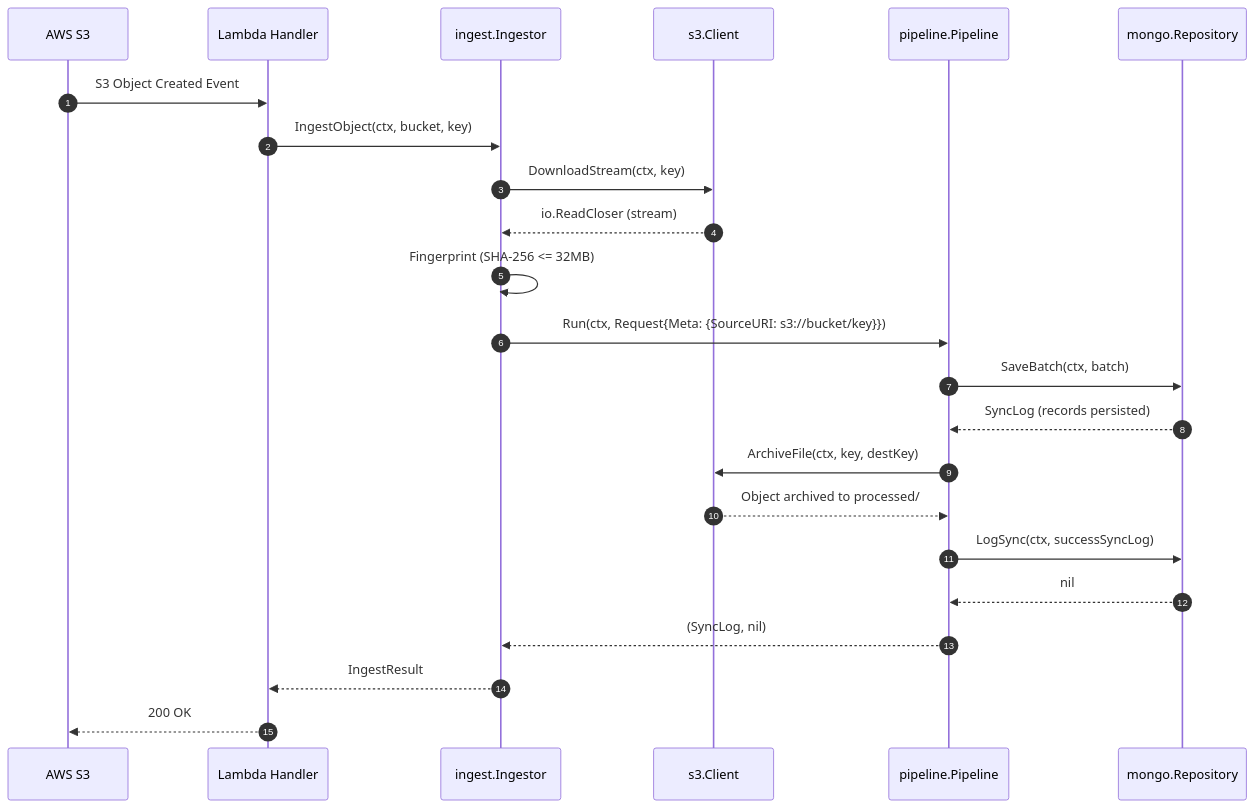
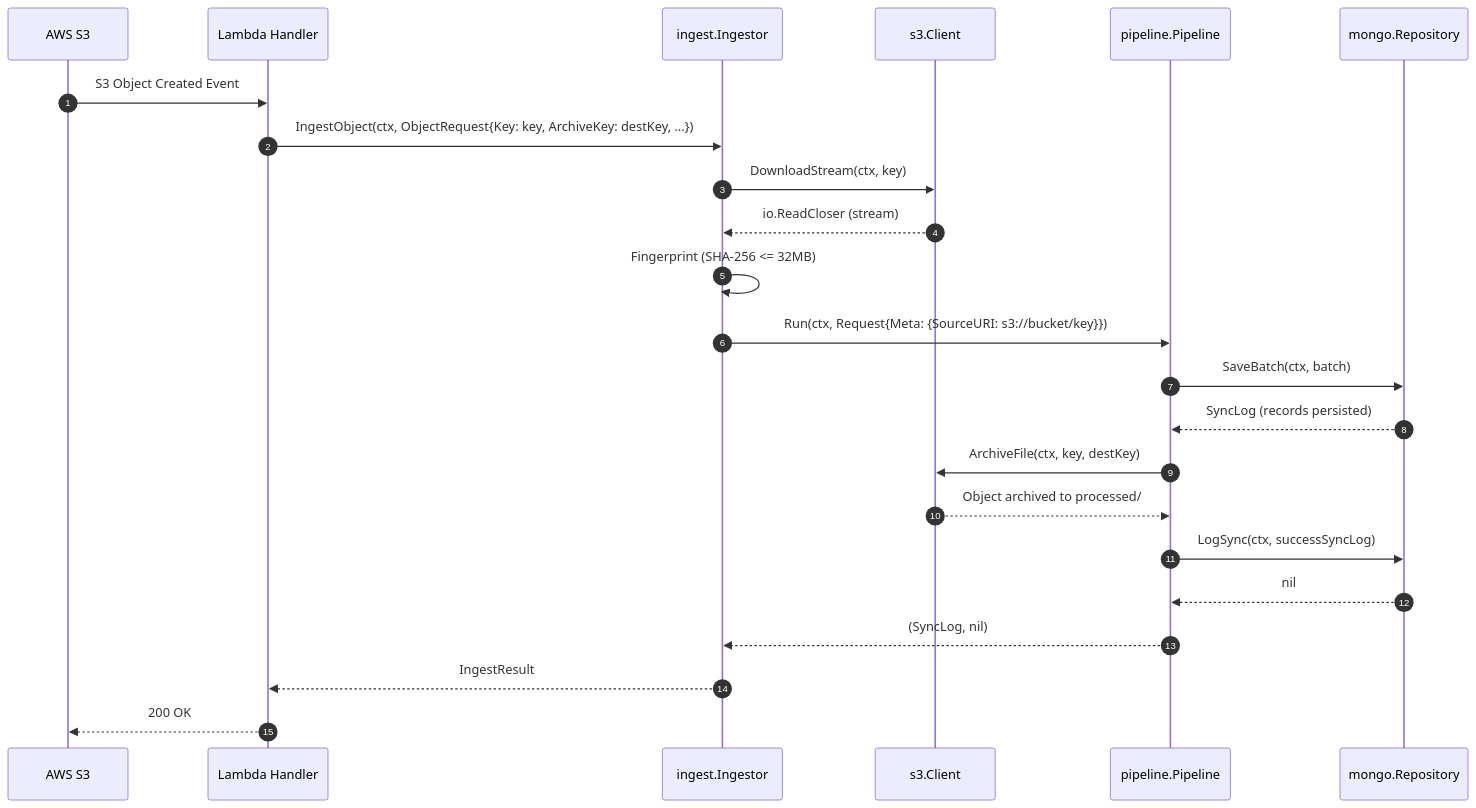
The first of 3 diagrams in docs/specs/hexagonal-application-pipeline.md (ajponte/babylon_data_loader), drawn with Mermaid before and after one commit. The commit also changed other lines of this file and 2 other files, not shown here.

Commit message:
feat(ingest): object ingestion use case coordinator (Phase 4F) (#88)

````diff
--- a/docs/specs/hexagonal-application-pipeline.md
+++ b/docs/specs/hexagonal-application-pipeline.md
@@ -225,26 +225,26 @@
 ```mermaid
 sequenceDiagram
     autonumber
     participant S3 as AWS S3
     participant H as Lambda Handler
     participant I as ingest.Ingestor
     participant S3C as s3.Client
     participant P as pipeline.Pipeline
     participant R as mongo.Repository
 
     S3->>H: S3 Object Created Event
-    H->>I: IngestObject(ctx, bucket, key)
+    H->>I: IngestObject(ctx, ObjectRequest{Key: key, ArchiveKey: destKey, ...})
     I->>S3C: DownloadStream(ctx, key)
     S3C-->>I: io.ReadCloser (stream)
     I->>I: Fingerprint (SHA-256 <= 32MB)
     I->>P: Run(ctx, Request{Meta: {SourceURI: s3://bucket/key}})
     P->>R: SaveBatch(ctx, batch)
     R-->>P: SyncLog (records persisted)
     P->>S3C: ArchiveFile(ctx, key, destKey)
     S3C-->>P: Object archived to processed/
     P->>R: LogSync(ctx, successSyncLog)
     R-->>P: nil
     P-->>I: (SyncLog, nil)
     I-->>H: IngestResult
     H-->>S3: 200 OK
 ```
````
